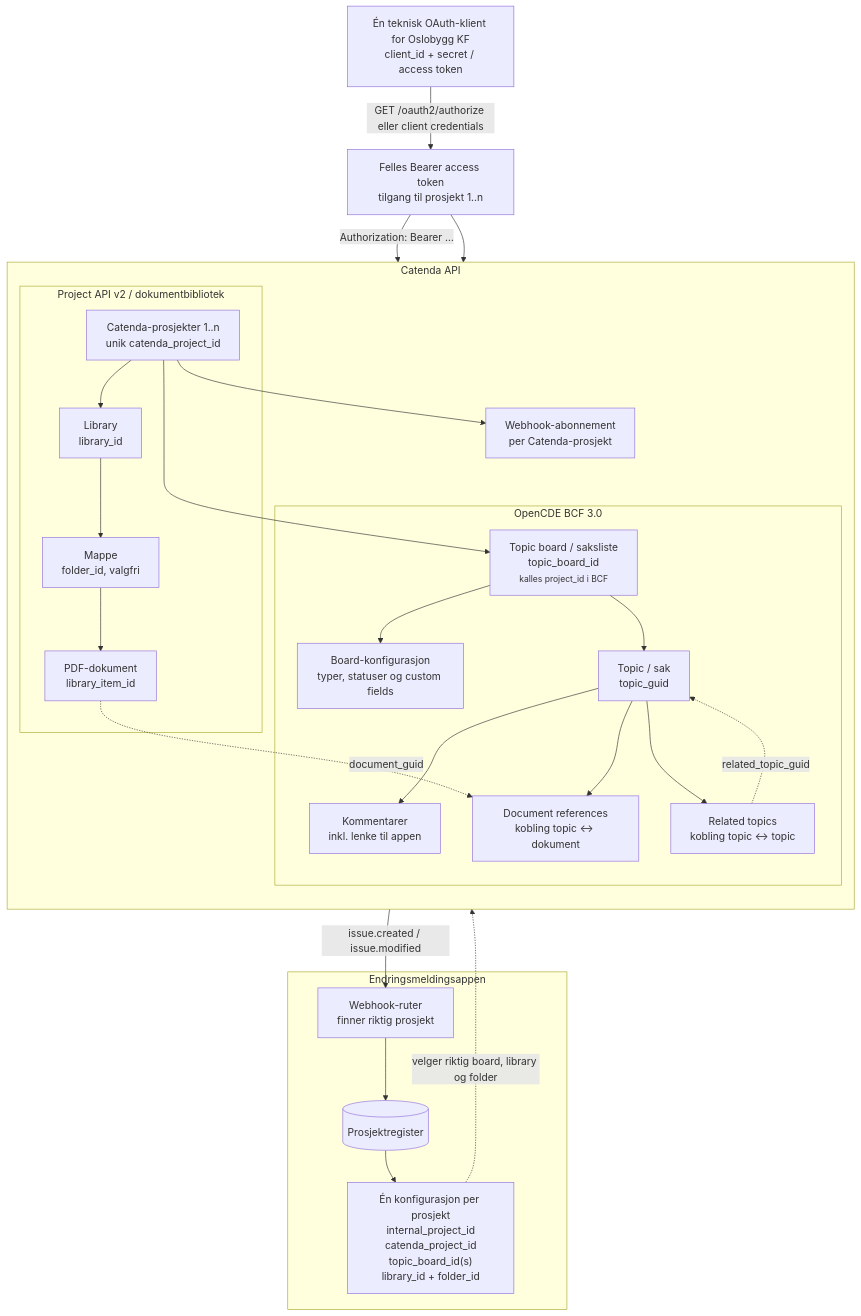
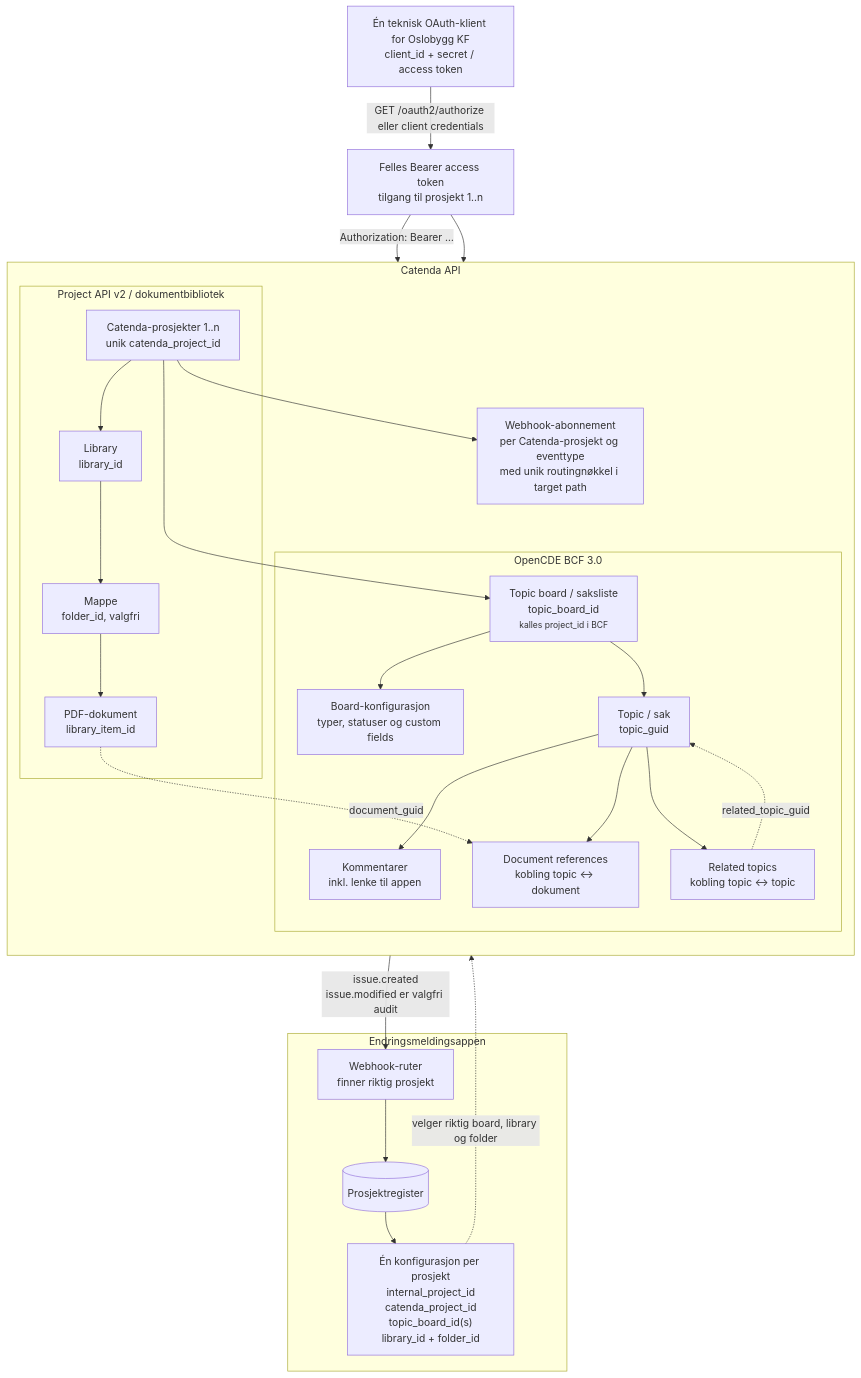
One commit to khjohns/endringsmeldinger changed the first of 6 diagrams in docs/catenda-dataflyt.md. Above: the diagram before and after it, drawn with Mermaid. The commit also changed other lines of this file and 22 other files, not shown here.

````diff
--- a/docs/catenda-dataflyt.md
+++ b/docs/catenda-dataflyt.md
@@ -14,58 +14,58 @@
 ```mermaid
 flowchart TB
     CRED["Én teknisk OAuth-klient for Oslobygg KF<br/>client_id + secret / access token"]
     TOKEN["Felles Bearer access token<br/>tilgang til prosjekt 1..n"]
 
     subgraph BACKEND["Endringsmeldingsappen"]
         ROUTER["Webhook-ruter<br/>finner riktig prosjekt"]
         REG[("Prosjektregister")]
         CFG["Én konfigurasjon per prosjekt<br/>internal_project_id<br/>catenda_project_id<br/>topic_board_id(s)<br/>library_id + folder_id"]
 
         ROUTER --> REG
         REG --> CFG
     end
 
     subgraph CATENDA["Catenda API"]
         direction TB
 
         P["Catenda-prosjekter 1..n<br/>unik catenda_project_id"]
 
         subgraph BCF["OpenCDE BCF 3.0"]
             B["Topic board / saksliste<br/>topic_board_id<br/><small>kalles project_id i BCF</small>"]
             EXT["Board-konfigurasjon<br/>typer, statuser og custom fields"]
             T["Topic / sak<br/>topic_guid"]
             C["Kommentarer<br/>inkl. lenke til appen"]
             DR["Document references<br/>kobling topic ↔ dokument"]
             RT["Related topics<br/>kobling topic ↔ topic"]
 
             B --> EXT
             B --> T
             T --> C
             T --> DR
             T --> RT
         end
 
         subgraph DOC["Project API v2 / dokumentbibliotek"]
             L["Library<br/>library_id"]
             F["Mappe<br/>folder_id, valgfri"]
             D["PDF-dokument<br/>library_item_id"]
 
             P --> L
             L --> F
             F --> D
         end
 
-        WH["Webhook-abonnement<br/>per Catenda-prosjekt"]
+        WH["Webhook-abonnement<br/>per Catenda-prosjekt og eventtype<br/>med unik routingnøkkel i target path"]
 
         P --> B
         P --> WH
         D -. "document_guid" .-> DR
         RT -. "related_topic_guid" .-> T
     end
 
     CRED -->|"GET /oauth2/authorize eller client credentials"| TOKEN
     TOKEN -->|"Authorization: Bearer …"| P
     TOKEN --> B
-    WH -->|"issue.created / issue.modified"| ROUTER
+    WH -->|"issue.created<br/>issue.modified er valgfri audit"| ROUTER
     CFG -. "velger riktig board, library og folder" .-> P
 ```
````
